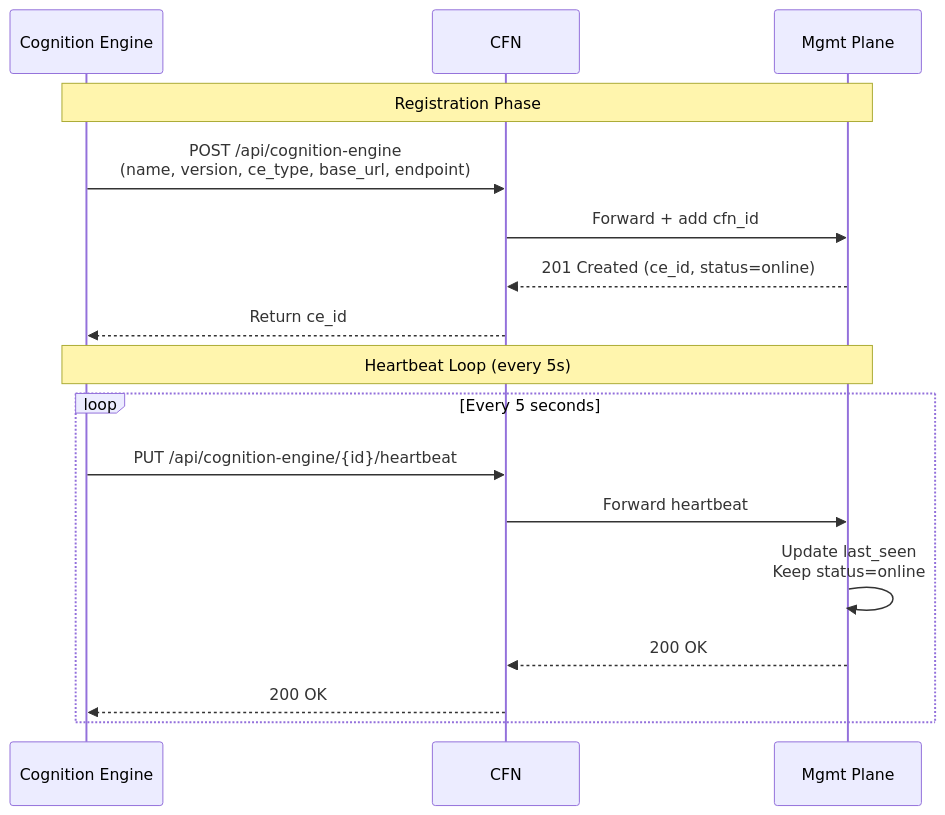
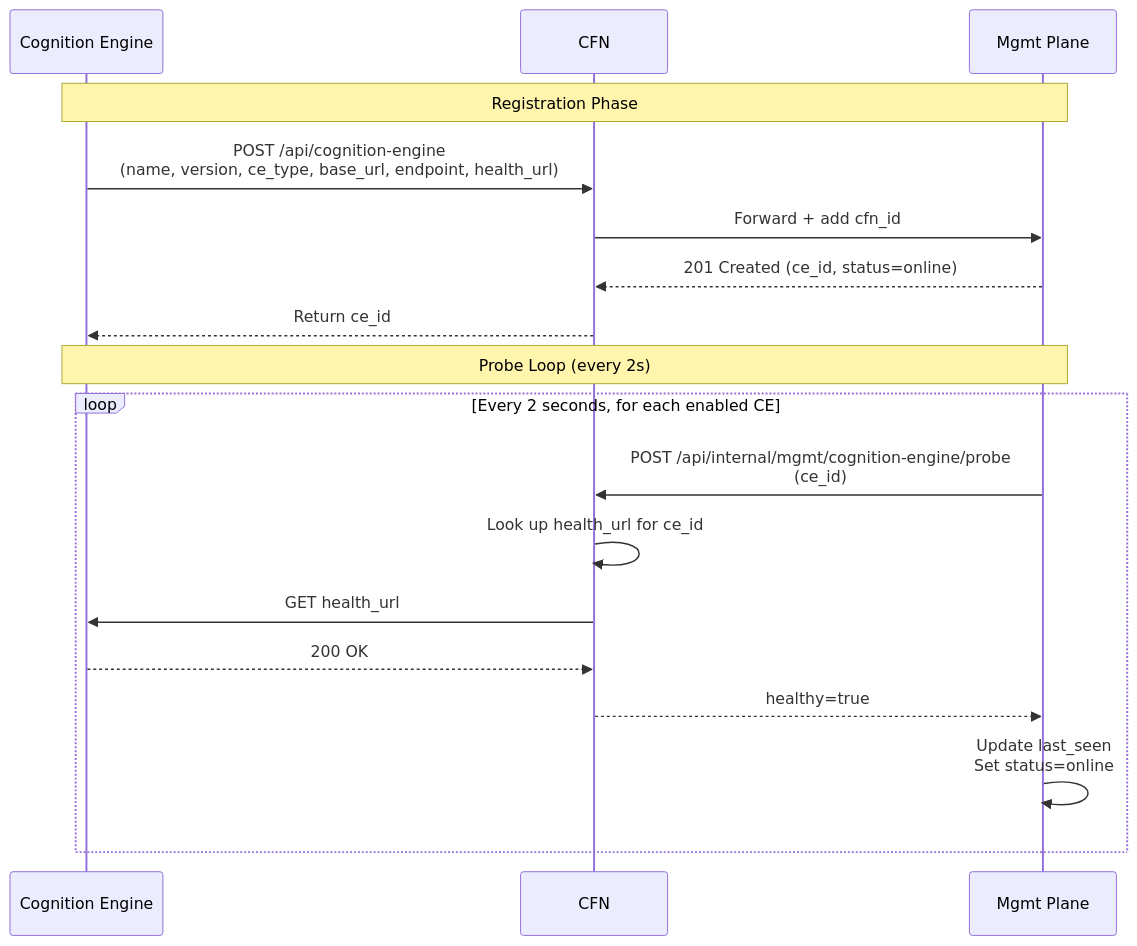
Before and after one commit to ioc-project/cognition-fabric: the first of 5 diagrams in api/ce/docs/CE-LIFECYCLE.md, drawn with Mermaid. The commit also changed other lines of this file and 3 other files, not shown here.

Commit message:
Document the CE health probe

````diff
--- a/api/ce/docs/CE-LIFECYCLE.md
+++ b/api/ce/docs/CE-LIFECYCLE.md
@@ -9,21 +9,22 @@
 ```mermaid
 sequenceDiagram
     participant CE as Cognition Engine
     participant CFN as CFN
     participant Mgmt as Mgmt Plane
 
     Note over CE,Mgmt: Registration Phase
-    CE->>CFN: POST /api/cognition-engine<br/>(name, version, ce_type, base_url, endpoint)
+    CE->>CFN: POST /api/cognition-engine<br/>(name, version, ce_type, base_url, endpoint, health_url)
     CFN->>Mgmt: Forward + add cfn_id
     Mgmt-->>CFN: 201 Created (ce_id, status=online)
     CFN-->>CE: Return ce_id
 
-    Note over CE,Mgmt: Heartbeat Loop (every 5s)
-    loop Every 5 seconds
-        CE->>CFN: PUT /api/cognition-engine/{id}/heartbeat
-        CFN->>Mgmt: Forward heartbeat
-        Mgmt->>Mgmt: Update last_seen<br/>Keep status=online
-        Mgmt-->>CFN: 200 OK
-        CFN-->>CE: 200 OK
+    Note over CE,Mgmt: Probe Loop (every 2s)
+    loop Every 2 seconds, for each enabled CE
+        Mgmt->>CFN: POST /api/internal/mgmt/cognition-engine/probe<br/>(ce_id)
+        CFN->>CFN: Look up health_url for ce_id
+        CFN->>CE: GET health_url
+        CE-->>CFN: 200 OK
+        CFN-->>Mgmt: healthy=true
+        Mgmt->>Mgmt: Update last_seen<br/>Set status=online
     end
 ```
````
